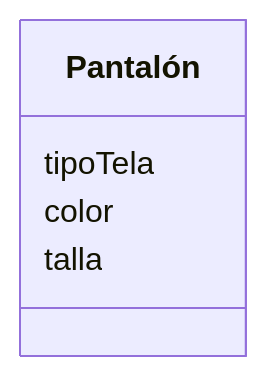
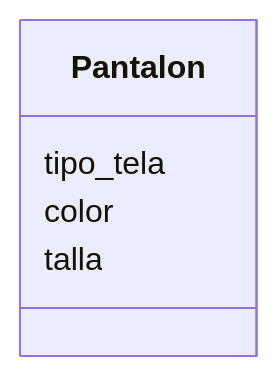
One commit to PatoAparicio/psg-oop-2025 changed the second of 2 diagrams in retos_sesion_01/ejercicio_02.md. Above: the diagram before and after it, drawn with Mermaid. The commit also changed other lines of this file and 2 other files, not shown here.

````diff
--- a/retos_sesion_01/ejercicio_02.md
+++ b/retos_sesion_01/ejercicio_02.md
@@ -62,8 +62,8 @@
 ```mermaid
 classDiagram
-class Pantalón {
-    tipoTela
+class Pantalon {
+    tipo_tela
     color
     talla
     }
 ```
````
